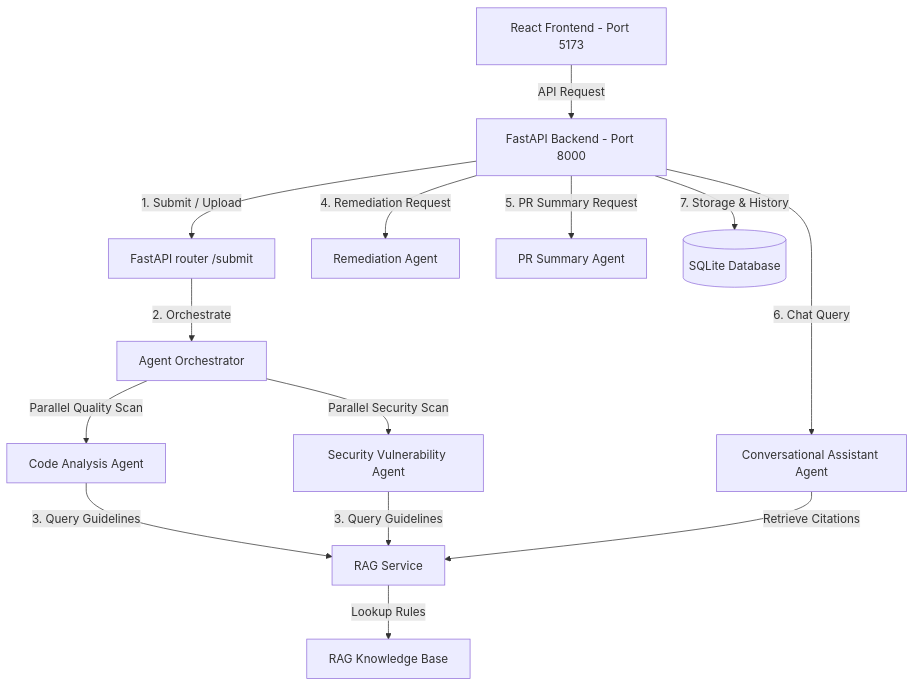
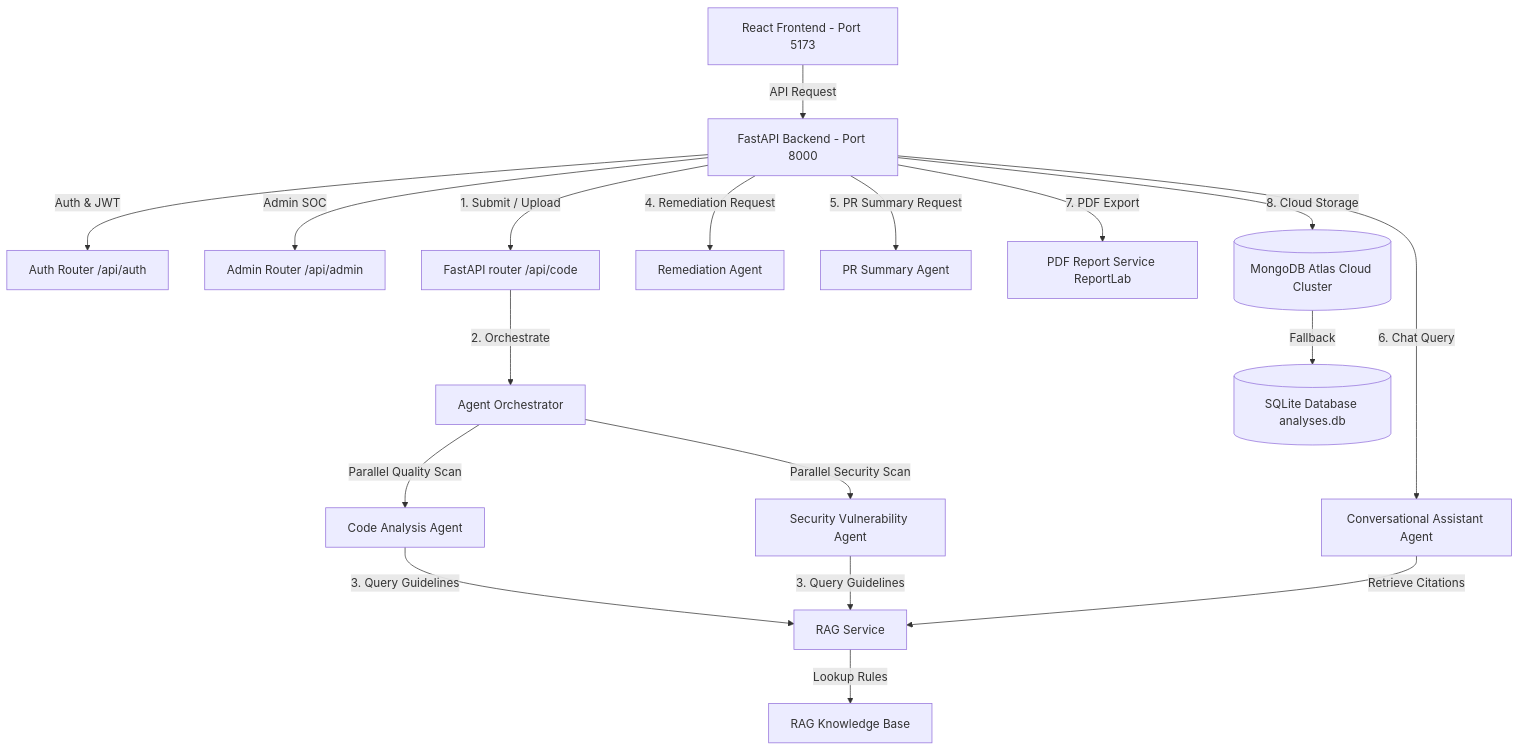
The diagram in projectguide.md (shivamkhatri-hash/Codeguard.Ai), drawn with Mermaid before and after one commit. The commit also changed other lines of this file and 42 other files, not shown here.

Commit message:
Integrate Milestone 4: User Auth, JWT Security, Admin Dashboard, PDF Reports, MongoDB Atlas, Landing Page, Docker, and Test Suites

````diff
--- a/projectguide.md
+++ b/projectguide.md
@@ -9,15 +9,19 @@
 ```mermaid
 graph TD
     Client[React Frontend - Port 5173] -->|API Request| Backend[FastAPI Backend - Port 8000]
-    Backend -->|1. Submit / Upload| API[FastAPI router /submit]
+    Backend -->|Auth & JWT| AuthRouter[Auth Router /api/auth]
+    Backend -->|Admin SOC| AdminRouter[Admin Router /api/admin]
+    Backend -->|1. Submit / Upload| API[FastAPI router /api/code]
     API -->|2. Orchestrate| Orchestrator[Agent Orchestrator]
     Orchestrator -->|Parallel Quality Scan| CodeAnalysis[Code Analysis Agent]
     Orchestrator -->|Parallel Security Scan| SecurityAnalysis[Security Vulnerability Agent]
     CodeAnalysis & SecurityAnalysis -->|3. Query Guidelines| RAGService[RAG Service]
     RAGService -->|Lookup Rules| RAGKB[RAG Knowledge Base]
     Backend -->|4. Remediation Request| RemediationAgent[Remediation Agent]
     Backend -->|5. PR Summary Request| PRSummaryAgent[PR Summary Agent]
     Backend -->|6. Chat Query| AssistantAgent[Conversational Assistant Agent]
     AssistantAgent -->|Retrieve Citations| RAGService
-    Backend -->|7. Storage & History| SQLite[(SQLite Database)]
+    Backend -->|7. PDF Export| PDFService[PDF Report Service ReportLab]
+    Backend -->|8. Cloud Storage| MongoDB[(MongoDB Atlas Cloud Cluster)]
+    MongoDB -->|Fallback| SQLite[(SQLite Database analyses.db)]
 ```
````
